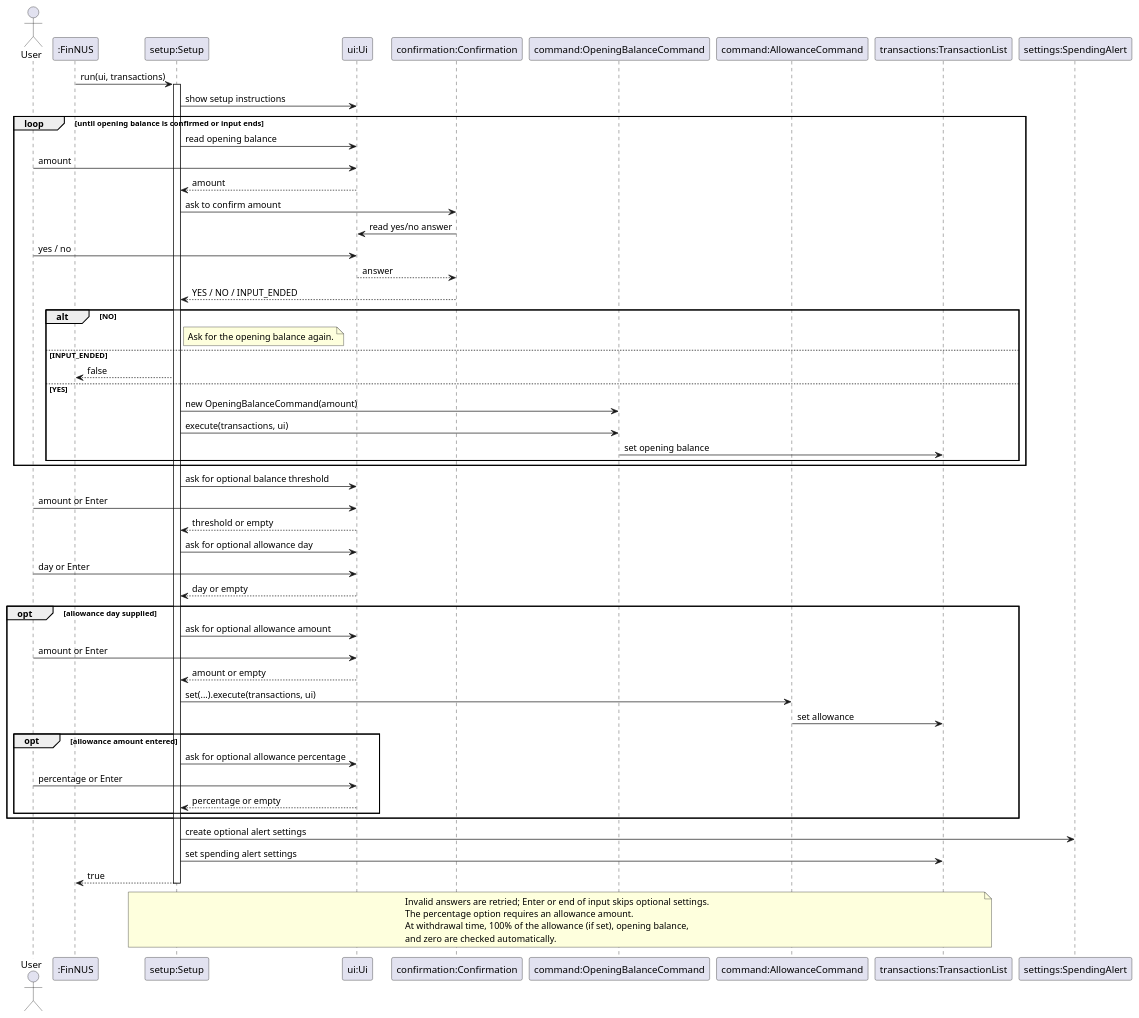
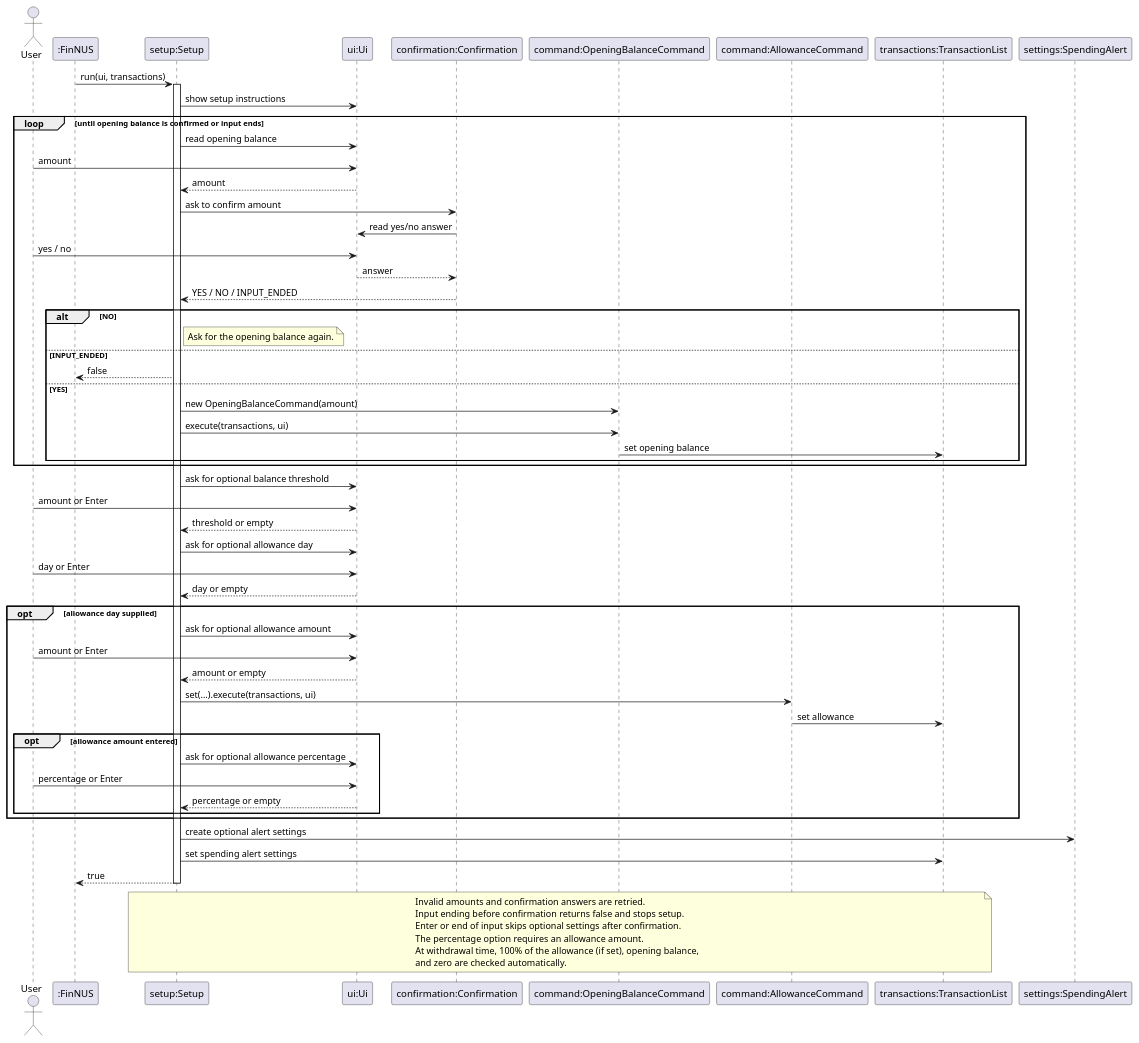
One commit to AY2627S1-CS2113-W13-2/tp changed the diagram in docs/diagrams/SetupSequenceDiagram.puml. Above: the diagram before and after it, drawn with PlantUML. The commit also changed 8 other files, not shown here.

Commit message:
Update diagrams

```diff
--- a/docs/diagrams/SetupSequenceDiagram.puml
+++ b/docs/diagrams/SetupSequenceDiagram.puml
@@ -1,68 +1,70 @@
 @startuml SetupSequenceDiagram
 ' @@author lololol8484
 actor User
 participant ":FinNUS" as FinNUS
 participant "setup:Setup" as Setup
 participant "ui:Ui" as Ui
 participant "confirmation:Confirmation" as Confirmation
 participant "command:OpeningBalanceCommand" as Opening
 participant "command:AllowanceCommand" as Allowance
 participant "transactions:TransactionList" as Ledger
 participant "settings:SpendingAlert" as SpendingAlert
 
 FinNUS -> Setup: run(ui, transactions)
 activate Setup
 Setup -> Ui: show setup instructions
 
 loop until opening balance is confirmed or input ends
     Setup -> Ui: read opening balance
     User -> Ui: amount
     Ui --> Setup: amount
     Setup -> Confirmation: ask to confirm amount
     Confirmation -> Ui: read yes/no answer
     User -> Ui: yes / no
     Ui --> Confirmation: answer
     Confirmation --> Setup: YES / NO / INPUT_ENDED
     alt NO
         note right of Setup: Ask for the opening balance again.
     else INPUT_ENDED
         Setup --> FinNUS: false
     else YES
         Setup -> Opening: new OpeningBalanceCommand(amount)
         Setup -> Opening: execute(transactions, ui)
         Opening -> Ledger: set opening balance
     end
 end
 
 Setup -> Ui: ask for optional balance threshold
     User -> Ui: amount or Enter
     Ui --> Setup: threshold or empty
 
 Setup -> Ui: ask for optional allowance day
 User -> Ui: day or Enter
 Ui --> Setup: day or empty
 opt allowance day supplied
     Setup -> Ui: ask for optional allowance amount
     User -> Ui: amount or Enter
     Ui --> Setup: amount or empty
     Setup -> Allowance: set(...).execute(transactions, ui)
     Allowance -> Ledger: set allowance
     opt allowance amount entered
         Setup -> Ui: ask for optional allowance percentage
         User -> Ui: percentage or Enter
         Ui --> Setup: percentage or empty
     end
 end
 
 Setup -> SpendingAlert: create optional alert settings
 Setup -> Ledger: set spending alert settings
 Setup --> FinNUS: true
 deactivate Setup
 
 note over Setup, Ledger
-    Invalid answers are retried; Enter or end of input skips optional settings.
+    Invalid amounts and confirmation answers are retried.
+    Input ending before confirmation returns false and stops setup.
+    Enter or end of input skips optional settings after confirmation.
     The percentage option requires an allowance amount.
     At withdrawal time, 100% of the allowance (if set), opening balance,
     and zero are checked automatically.
 end note
 @enduml
```
